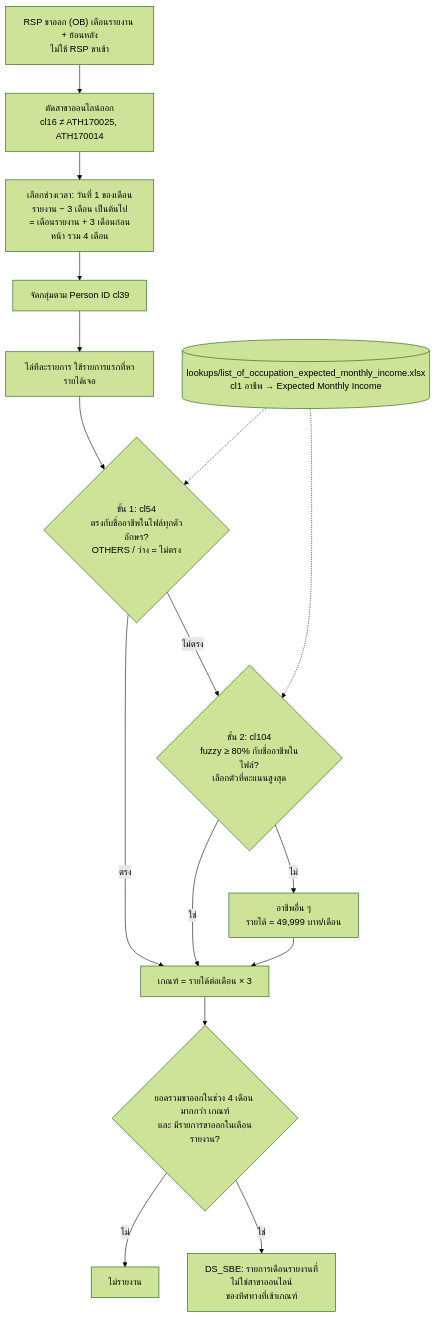
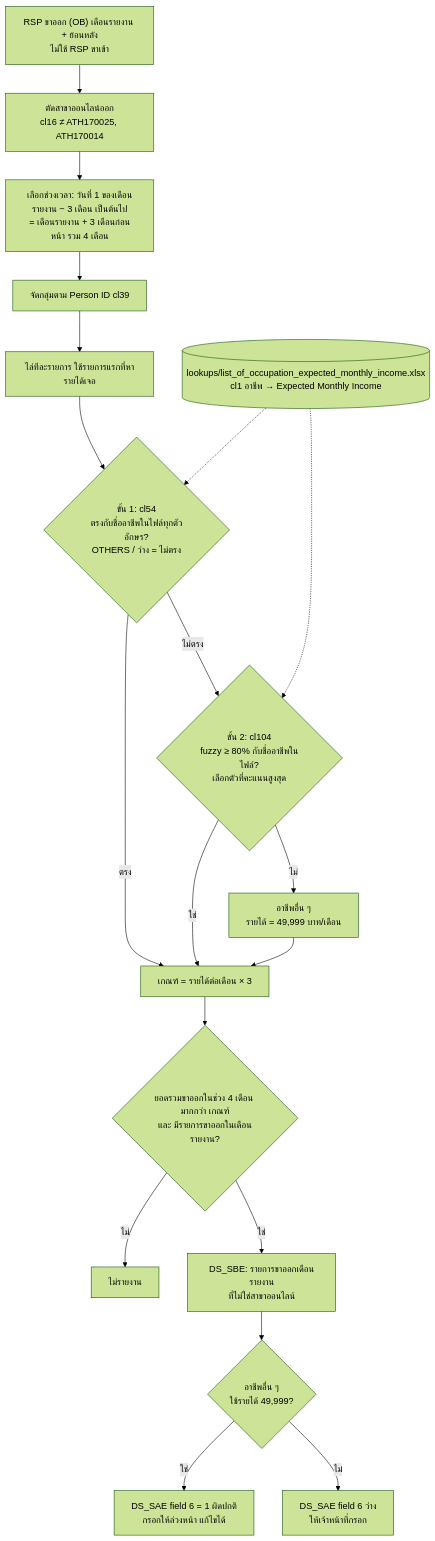
The sixth of 12 diagrams in .claude/usermanuals/rule-flowcharts-th.md (ArtSukasem/western-union-bot-report-2026), drawn with Mermaid (forest theme) before and after one commit. The commit also changed 8 other files, not shown here.

````diff
--- a/.claude/usermanuals/rule-flowcharts-th.md
+++ b/.claude/usermanuals/rule-flowcharts-th.md
@@ -101,19 +101,22 @@
 ```mermaid
 flowchart TD
     A["RSP ขาออก (OB) เดือนรายงาน + ย้อนหลัง<br/>ไม่ใช้ RSP ขาเข้า"] --> B["ตัดสาขาออนไลน์ออก<br/>cl16 ≠ ATH170025, ATH170014"]
     B --> C["เลือกช่วงเวลา: วันที่ 1 ของเดือนรายงาน − 3 เดือน เป็นต้นไป<br/>= เดือนรายงาน + 3 เดือนก่อนหน้า รวม 4 เดือน"]
     C --> D["จัดกลุ่มตาม Person ID cl39"]
     D --> E["ไล่ทีละรายการ ใช้รายการแรกที่หารายได้เจอ"]
     E --> F{"ขั้น 1: cl54<br/>ตรงกับชื่ออาชีพในไฟล์ทุกตัวอักษร?<br/>OTHERS / ว่าง = ไม่ตรง"}
     F -- ตรง --> G["เกณฑ์ = รายได้ต่อเดือน × 3"]
     F -- ไม่ตรง --> F2{"ขั้น 2: cl104<br/>fuzzy ≥ 80% กับชื่ออาชีพในไฟล์?<br/>เลือกตัวที่คะแนนสูงสุด"}
     F2 -- ใช่ --> G
     F2 -- ไม่ --> OTH["อาชีพอื่น ๆ<br/>รายได้ = 49,999 บาท/เดือน"]
     OTH --> G
     G --> H{"ยอดรวมขาออกในช่วง 4 เดือน มากกว่า เกณฑ์<br/>และ มีรายการขาออกในเดือนรายงาน?"}
     H -- ไม่ --> NO2["ไม่รายงาน"]
-    H -- ใช่ --> R["DS_SBE: รายการเดือนรายงานที่ไม่ใช่สาขาออนไลน์<br/>ของทิศทางที่เข้าเกณฑ์"]
+    H -- ใช่ --> R["DS_SBE: รายการขาออกเดือนรายงาน<br/>ที่ไม่ใช่สาขาออนไลน์"]
+    R --> Q{"อาชีพอื่น ๆ<br/>ใช้รายได้ 49,999?"}
+    Q -- ใช่ --> SA1["DS_SAE field 6 = 1 ผิดปกติ<br/>กรอกให้ล่วงหน้า แก้ไขได้"]
+    Q -- ไม่ --> SA0["DS_SAE field 6 ว่าง<br/>ให้เจ้าหน้าที่กรอก"]
 
     L1[("lookups/list_of_occupation_expected_monthly_income.xlsx<br/>cl1 อาชีพ → Expected Monthly Income")] -.-> F
     L1 -.-> F2
 ```
````
